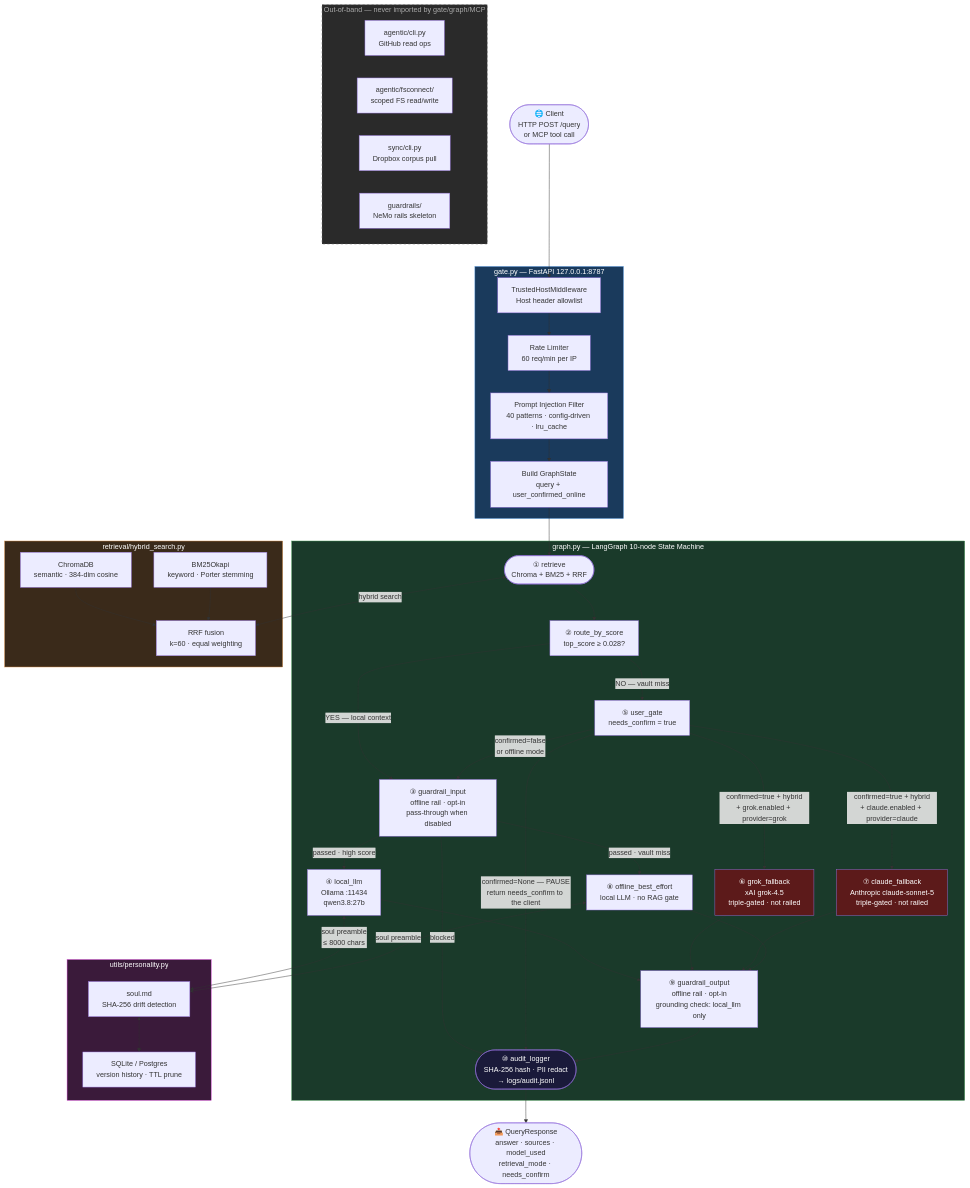
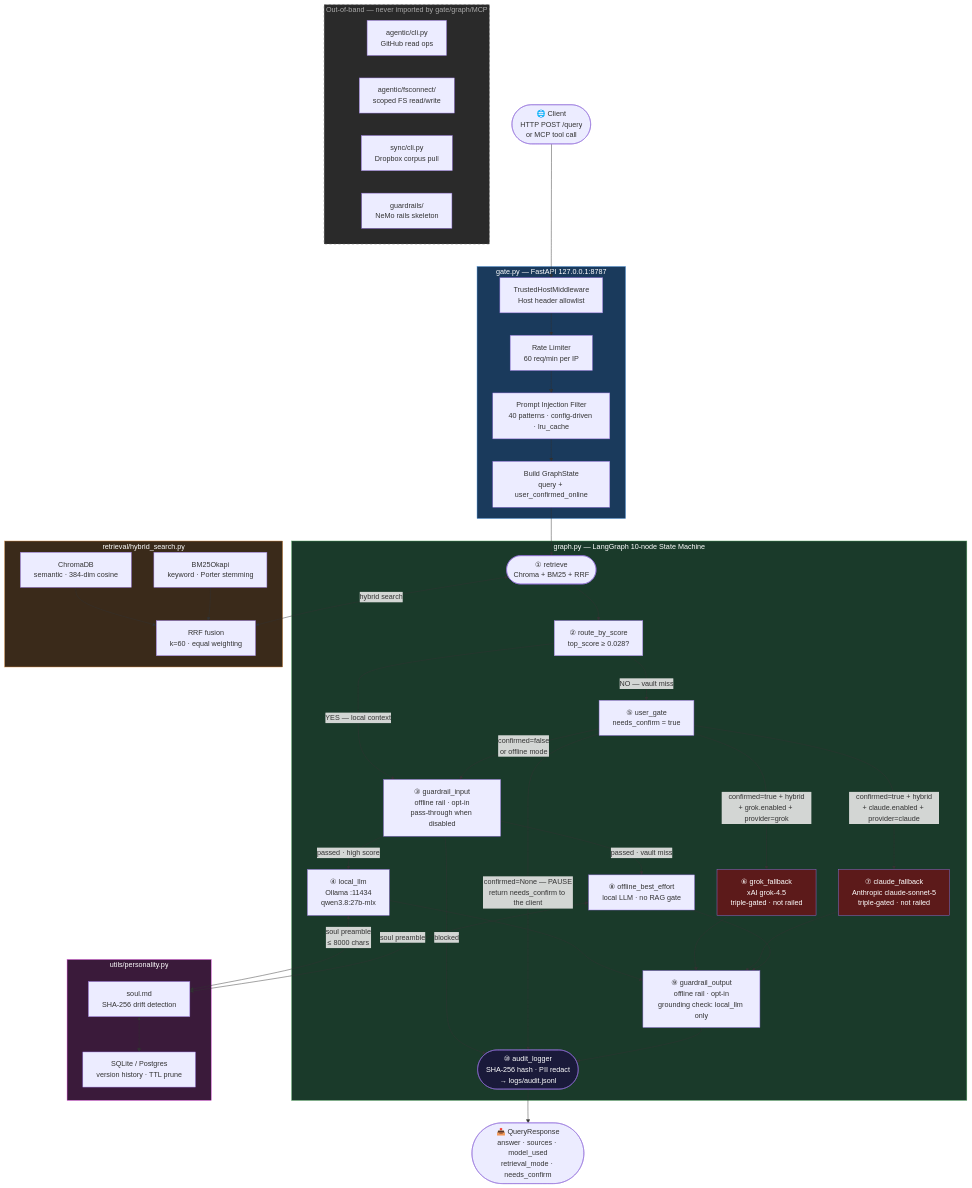
One commit to CGFixIT/PsyClaw changed the diagram in README.md. Above: the diagram before and after it, drawn with Mermaid. The commit also changed other lines of this file and 43 other files, not shown here.

Commit message:
[infra] - default Ollama tag to qwen3.8:27b-mlx

````diff
--- a/README.md
+++ b/README.md
@@ -116,71 +116,71 @@
 ```mermaid
 flowchart TD
     A(["🌐 Client\nHTTP POST /query\nor MCP tool call"])
     A --> B
 
     subgraph GATEWAY ["gate.py — FastAPI 127.0.0.1:8787"]
         B["TrustedHostMiddleware\nHost header allowlist"]
         B --> C["Rate Limiter\n60 req/min per IP"]
         C --> D["Prompt Injection Filter\n40 patterns · config-driven · lru_cache"]
         D --> E["Build GraphState\nquery + user_confirmed_online"]
     end
 
     E --> F
 
     subgraph GRAPH ["graph.py — LangGraph 10-node State Machine"]
         F(["① retrieve\nChroma + BM25 + RRF"])
         F --> G["② route_by_score\ntop_score ≥ 0.028?"]
         G -->|"YES — local context"| X["③ guardrail_input\noffline rail · opt-in\npass-through when disabled"]
         X -->|"blocked"| L
-        X -->|"passed · high score"| H["④ local_llm\nOllama :11434\nqwen3.8:27b"]
+        X -->|"passed · high score"| H["④ local_llm\nOllama :11434\nqwen3.8:27b-mlx"]
         G -->|"NO — vault miss"| I["⑤ user_gate\nneeds_confirm = true"]
         I -->|"confirmed=true + hybrid\n+ grok.enabled + provider=grok"| J["⑥ grok_fallback\nxAI grok-4.5\ntriple-gated · not railed"]
         I -->|"confirmed=true + hybrid\n+ claude.enabled + provider=claude"| W["⑦ claude_fallback\nAnthropic claude-sonnet-5\ntriple-gated · not railed"]
         I -->|"confirmed=false\nor offline mode"| X
         X -->|"passed · vault miss"| K["⑧ offline_best_effort\nlocal LLM · no RAG gate"]
         I -->|"confirmed=None — PAUSE\nreturn needs_confirm to the client"| L
         H --> Y["⑨ guardrail_output\noffline rail · opt-in\ngrounding check: local_llm only"]
         J --> Y
         W --> Y
         K --> Y
         Y --> L
         L(["⑩ audit_logger\nSHA-256 hash · PII redact\n→ logs/audit.jsonl"])
     end
 
     L --> M(["📤 QueryResponse\nanswer · sources · model_used\nretrieval_mode · needs_confirm"])
 
     subgraph RETRIEVAL ["retrieval/hybrid_search.py"]
         N["ChromaDB\nsemantic · 384-dim cosine"]
         O["BM25Okapi\nkeyword · Porter stemming"]
         P["RRF fusion\nk=60 · equal weighting"]
         N --> P
         O --> P
     end
 
     F <-->|"hybrid search"| P
 
     subgraph SOUL ["utils/personality.py"]
         Q["soul.md\nSHA-256 drift detection"]
         R["SQLite / Postgres\nversion history · TTL prune"]
         Q <--> R
     end
 
     H <-->|"soul preamble\n≤ 8000 chars"| Q
     K <-->|"soul preamble"| Q
 
     subgraph OOB ["Out-of-band — never imported by gate/graph/MCP"]
         S["agentic/cli.py\nGitHub read ops"]
         T["agentic/fsconnect/\nscoped FS read/write"]
         U["sync/cli.py\nDropbox corpus pull"]
         V["guardrails/\nNeMo rails skeleton"]
     end
 
     style GATEWAY fill:#1a3a5c,color:#ffffff,stroke:#4a90d9
     style GRAPH fill:#1a3a2a,color:#ffffff,stroke:#4a9d5a
     style RETRIEVAL fill:#3a2a1a,color:#ffffff,stroke:#d9904a
     style SOUL fill:#3a1a3a,color:#ffffff,stroke:#d94ad9
     style OOB fill:#2a2a2a,color:#aaaaaa,stroke:#666666,stroke-dasharray:5 5
     style J fill:#5c1a1a,color:#ffffff
     style W fill:#5c1a1a,color:#ffffff
     style L fill:#1a1a3a,color:#ffffff
 ```
````
